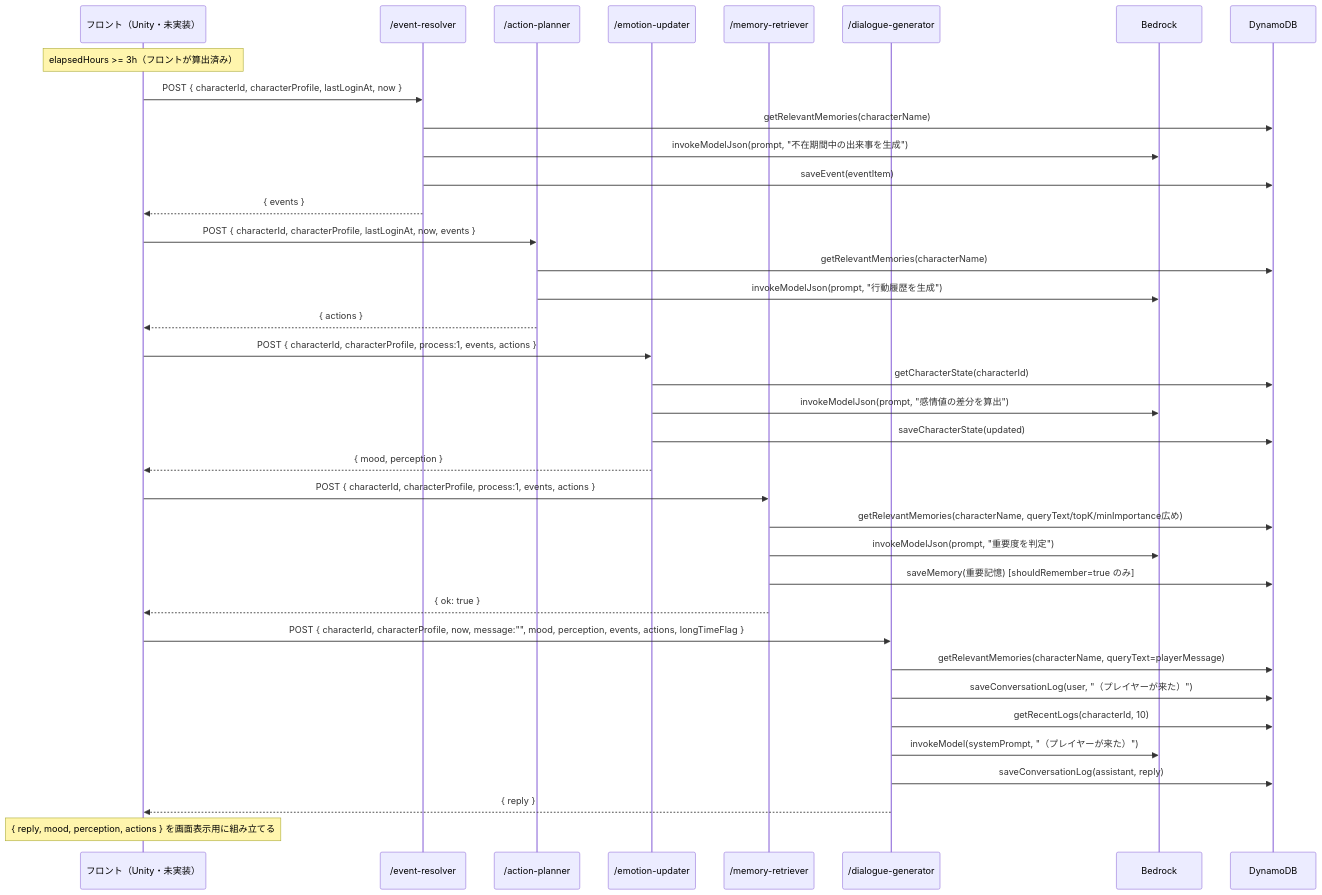
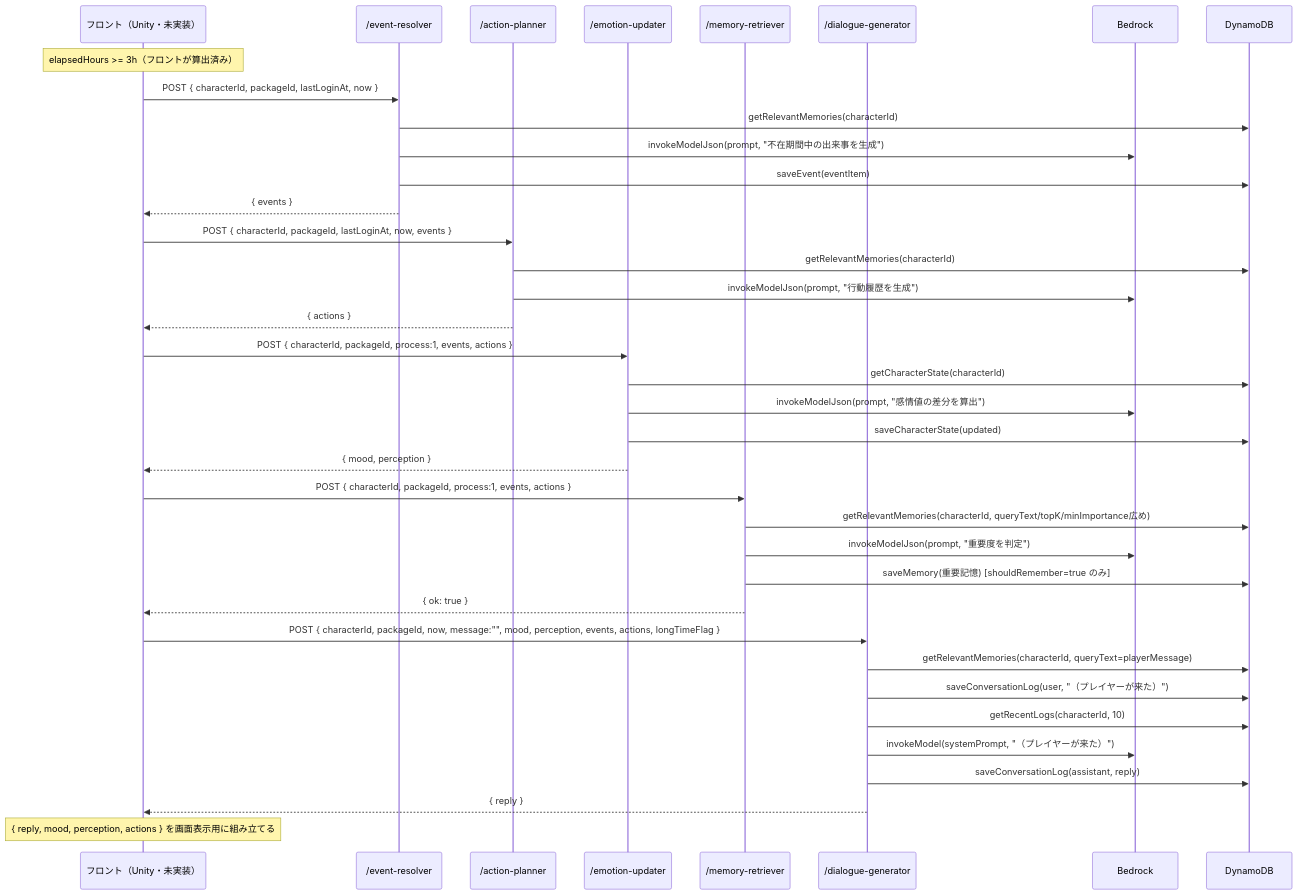
The fifth of 9 diagrams in README.md (yatohana1231-ux/vtuber-simulator-api), drawn with Mermaid before and after one commit. The commit also changed other lines of this file and 47 other files, not shown here.

First line of the commit message:
feat: select character x world packages by packageId instead of characterProfile

````diff
--- a/README.md
+++ b/README.md
@@ -214,46 +242,46 @@
 ```mermaid
 sequenceDiagram
     participant Front as フロント（Unity・未実装）
     participant ER as /event-resolver
     participant AP as /action-planner
     participant EU as /emotion-updater
     participant MR as /memory-retriever
     participant DG as /dialogue-generator
     participant BK as Bedrock
     participant DB as DynamoDB
 
     Note over Front: elapsedHours >= 3h（フロントが算出済み）
 
-    Front->>ER: POST { characterId, characterProfile, lastLoginAt, now }
-    ER->>DB: getRelevantMemories(characterName)
+    Front->>ER: POST { characterId, packageId, lastLoginAt, now }
+    ER->>DB: getRelevantMemories(characterId)
     ER->>BK: invokeModelJson(prompt, "不在期間中の出来事を生成")
     ER->>DB: saveEvent(eventItem)
     ER-->>Front: { events }
 
-    Front->>AP: POST { characterId, characterProfile, lastLoginAt, now, events }
-    AP->>DB: getRelevantMemories(characterName)
+    Front->>AP: POST { characterId, packageId, lastLoginAt, now, events }
+    AP->>DB: getRelevantMemories(characterId)
     AP->>BK: invokeModelJson(prompt, "行動履歴を生成")
     AP-->>Front: { actions }
 
-    Front->>EU: POST { characterId, characterProfile, process:1, events, actions }
+    Front->>EU: POST { characterId, packageId, process:1, events, actions }
     EU->>DB: getCharacterState(characterId)
     EU->>BK: invokeModelJson(prompt, "感情値の差分を算出")
     EU->>DB: saveCharacterState(updated)
     EU-->>Front: { mood, perception }
 
-    Front->>MR: POST { characterId, characterProfile, process:1, events, actions }
-    MR->>DB: getRelevantMemories(characterName, queryText/topK/minImportance広め)
+    Front->>MR: POST { characterId, packageId, process:1, events, actions }
+    MR->>DB: getRelevantMemories(characterId, queryText/topK/minImportance広め)
     MR->>BK: invokeModelJson(prompt, "重要度を判定")
     MR->>DB: saveMemory(重要記憶) [shouldRemember=true のみ]
     MR-->>Front: { ok: true }
 
-    Front->>DG: POST { characterId, characterProfile, now, message:"", mood, perception, events, actions, longTimeFlag }
-    DG->>DB: getRelevantMemories(characterName, queryText=playerMessage)
+    Front->>DG: POST { characterId, packageId, now, message:"", mood, perception, events, actions, longTimeFlag }
+    DG->>DB: getRelevantMemories(characterId, queryText=playerMessage)
     DG->>DB: saveConversationLog(user, "（プレイヤーが来た）")
     DG->>DB: getRecentLogs(characterId, 10)
     DG->>BK: invokeModel(systemPrompt, "（プレイヤーが来た）")
     DG->>DB: saveConversationLog(assistant, reply)
     DG-->>Front: { reply }
 
     Note over Front: { reply, mood, perception, actions } を画面表示用に組み立てる
 ```
````
